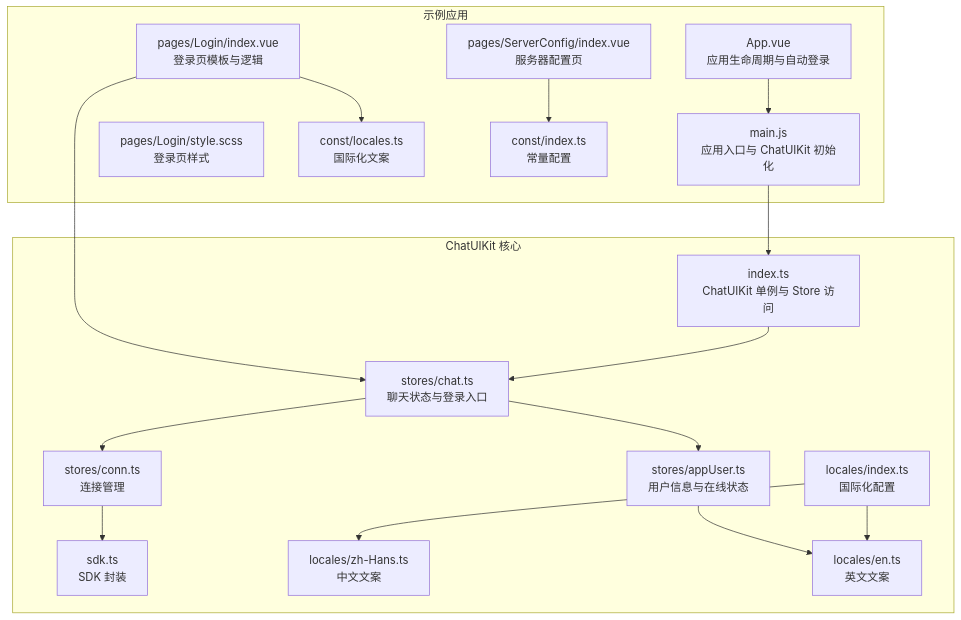
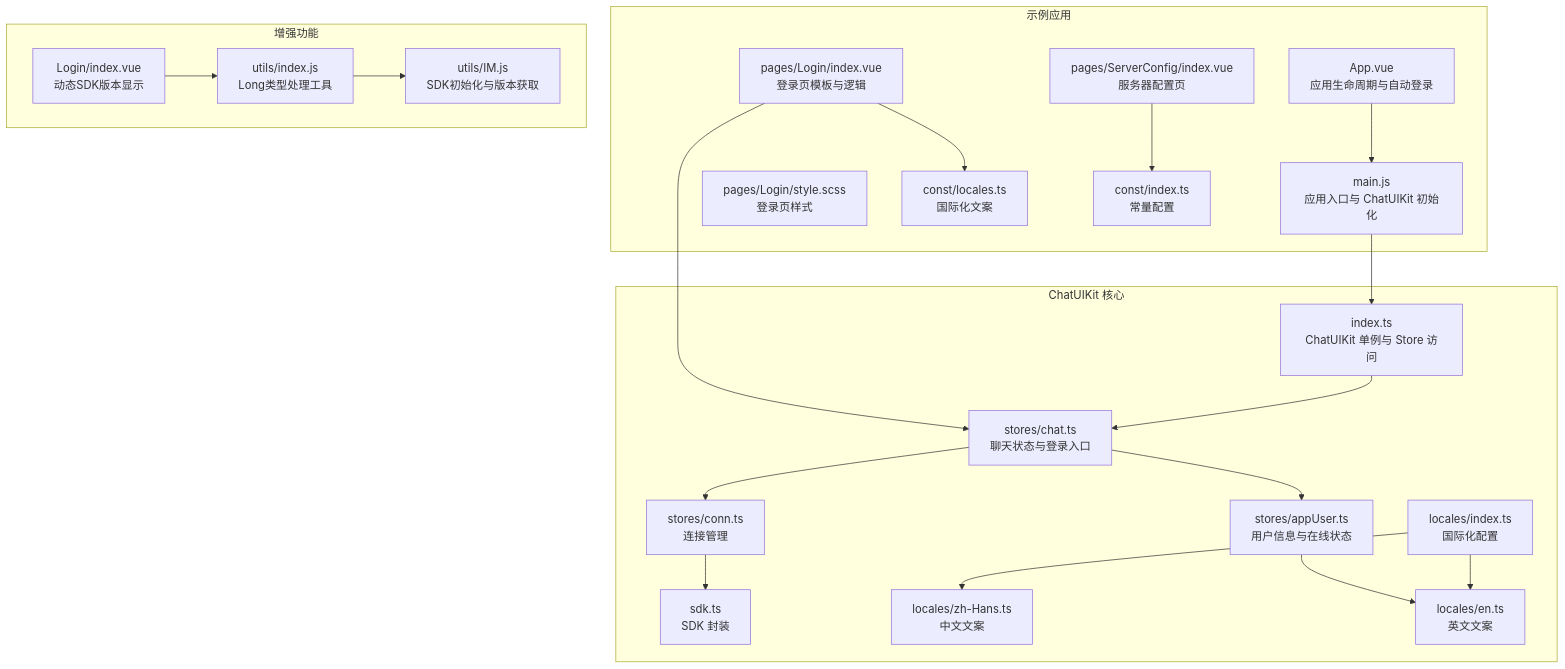
Before and after one commit to Easemob-Community/easemob-uikit-uniapp-community: the first of 5 diagrams in .qoder/repowiki/zh/content/示例应用/登录页面.md, drawn with Mermaid. The commit also changed other lines of this file and 10 other files, not shown here.

````diff
--- a/.qoder/repowiki/zh/content/示例应用/登录页面.md
+++ b/.qoder/repowiki/zh/content/示例应用/登录页面.md
@@ -53,34 +60,41 @@
 ```mermaid
 graph TB
 subgraph "示例应用"
 A["App.vue<br/>应用生命周期与自动登录"]
 B["main.js<br/>应用入口与 ChatUIKit 初始化"]
 C["pages/Login/index.vue<br/>登录页模板与逻辑"]
 D["pages/Login/style.scss<br/>登录页样式"]
 E["pages/ServerConfig/index.vue<br/>服务器配置页"]
 F["const/locales.ts<br/>国际化文案"]
 G["const/index.ts<br/>常量配置"]
 end
 subgraph "ChatUIKit 核心"
 H["index.ts<br/>ChatUIKit 单例与 Store 访问"]
 I["stores/chat.ts<br/>聊天状态与登录入口"]
 J["stores/conn.ts<br/>连接管理"]
 K["stores/appUser.ts<br/>用户信息与在线状态"]
 L["sdk.ts<br/>SDK 封装"]
 M["locales/index.ts<br/>国际化配置"]
 N["locales/zh-Hans.ts<br/>中文文案"]
 O["locales/en.ts<br/>英文文案"]
 end
+subgraph "增强功能"
+P["utils/index.js<br/>Long类型处理工具"]
+Q["utils/IM.js<br/>SDK初始化与版本获取"]
+R["Login/index.vue<br/>动态SDK版本显示"]
+end
 A --> B
 B --> H
 C --> I
 C --> F
 E --> G
 H --> I
 I --> J
 I --> K
 J --> L
 K --> O
 M --> N
 M --> O
+P --> Q
+R --> P
 ```
````
